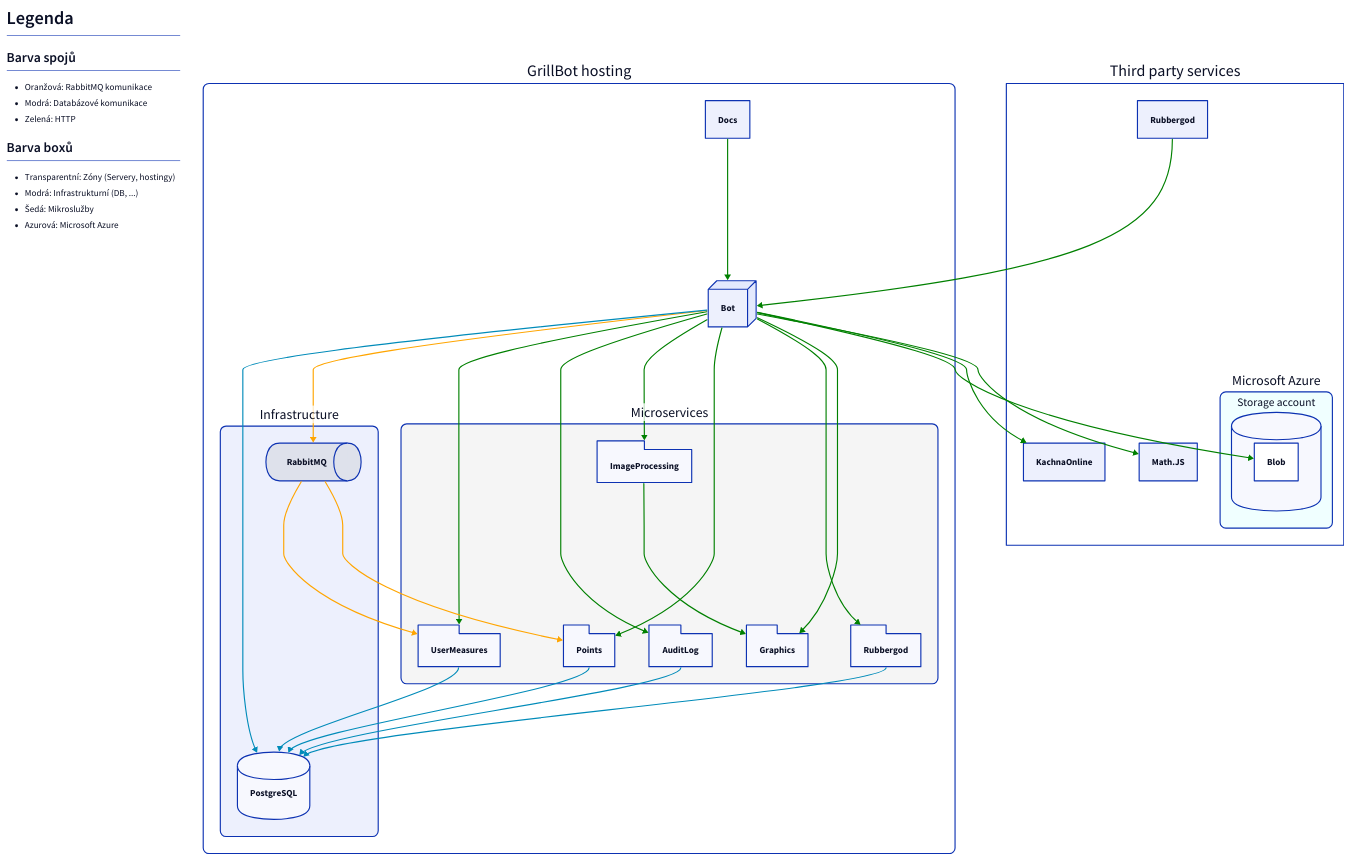
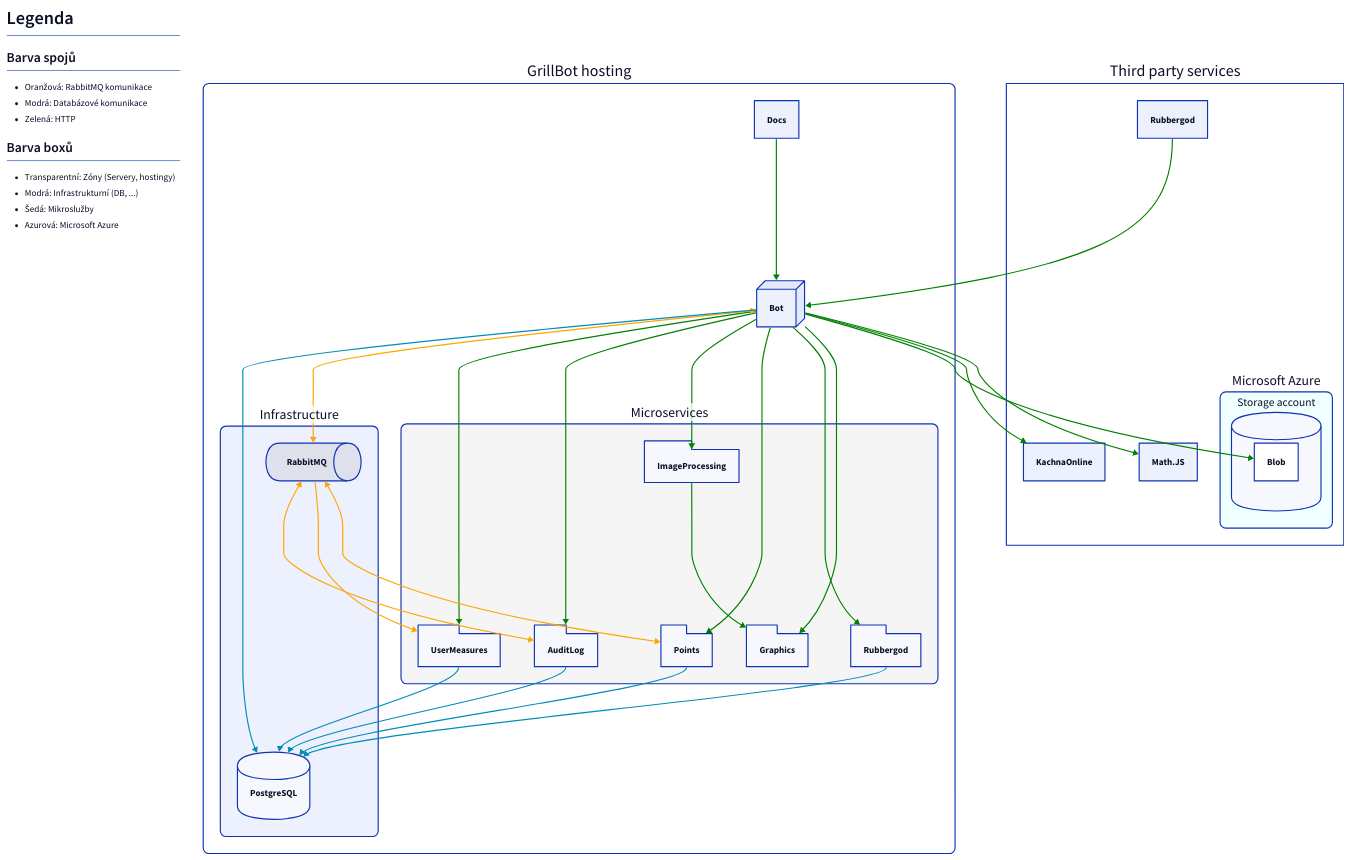
The diagram in data/communication.d2 (GrillBot/grillbot-docs), drawn with D2 before and after one commit. The commit also changed 4 other files, not shown here.

```diff
--- a/data/communication.d2
+++ b/data/communication.d2
@@ -1,103 +1,104 @@
 # Legend
 legend: |md
   # Legenda
   ## Barva spojů
   - Oranžová: RabbitMQ komunikace
   - Modrá: Databázové komunikace
   - Zelená: HTTP
 
   ## Barva boxů
   - Transparentní: Zóny (Servery, hostingy)
   - Modrá: Infrastrukturní (DB, ...)
   - Šedá: Mikroslužby
   - Azurová: Microsoft Azure
 |
 
 # Definitions
 GrillBot.Infrastructure: {
   style: {border-radius: 10}
 
   PostgreSQL: {shape: cylinder}
   RabbitMQ: {shape: queue}
 }
 
 GrillBot: {
   label: GrillBot hosting
 
   style: {
     fill: transparent
     border-radius: 10
   }
 
   Bot: {
     style: {3d: true}
   }
 
   Microservices: {
     style: {
       fill: whitesmoke
       border-radius: 10
     }
 
     Points: {shape: package}
     Rubbergod: {shape: package}
     Graphics: {shape: package}
     ImageProcessing: {shape: package}
     AuditLog: {shape: package}
     UserMeasures: {shape: package}
   }
 }
 
 ThirdParty: {
   label: Third party services
   style: {fill: transparent}
 
   Azure: {
     label: Microsoft Azure
     style: {border-radius: 10}
 
     style: {
       fill: azure
       border-radius: 10
     }
   }
 
   Azure.StorageAccount: {
     label: Storage account
     shape: cylinder
   }
 }
 
 # Third party external services communication (Bot -> Service)
 GrillBot.Bot -> ThirdParty.Math\.JS: {style: {stroke: green}}
 GrillBot.Bot -> ThirdParty.KachnaOnline: {style: {stroke: green}}
 GrillBot.Bot -> ThirdParty.Azure.StorageAccount.Blob: {style: {stroke: green}}
 
 # Third party external services communication (Service -> Bot)
 ThirdParty.Rubbergod -> GrillBot.Bot: {style: {stroke: green}}
 
 # Internal communication (Service -> Bot)
 GrillBot.Docs -> GrillBot.Bot: {style: {stroke: green}}
 
 # Internal communication (Bot -> Service)
 GrillBot.Bot -> GrillBot.Microservices.Graphics: {style: {stroke: green}}
 GrillBot.Bot -> GrillBot.Microservices.Rubbergod: {style: {stroke: green}}
 GrillBot.Bot -> GrillBot.Microservices.Points: {style: {stroke: green}}
 GrillBot.Bot -> GrillBot.Microservices.ImageProcessing: {style: {stroke: green}}
 GrillBot.Bot -> GrillBot.Microservices.AuditLog: {style: {stroke: green}}
 GrillBot.Bot -> GrillBot.Microservices.UserMeasures: {style: {stroke: green}}
 
 # Internal communication (Service -> Service)
 GrillBot.Microservices.ImageProcessing -> GrillBot.Microservices.Graphics: {style: {stroke: green}}
 
 # RabbitMQ communication
-GrillBot.Bot -> GrillBot.Infrastructure.RabbitMQ: {style: {stroke: orange}}
-GrillBot.Infrastructure.RabbitMQ -> GrillBot.Microservices.Points: {style: {stroke: orange}}
+GrillBot.Bot <-> GrillBot.Infrastructure.RabbitMQ: {style: {stroke: orange}}
+GrillBot.Infrastructure.RabbitMQ <-> GrillBot.Microservices.Points: {style: {stroke: orange}}
 GrillBot.Infrastructure.RabbitMQ -> GrillBot.Microservices.UserMeasures: {style: {stroke: orange}}
+GrillBot.Infrastructure.RabbitMQ <-> GrillBot.Microservices.AuditLog: {style: {stroke: orange}}
 
 # Database communication
 GrillBot.Bot -> GrillBot.Infrastructure.PostgreSQL: {style: {stroke: "#008bb9"}}
 GrillBot.Microservices.AuditLog -> GrillBot.Infrastructure.PostgreSQL: {style: {stroke: "#008bb9"}}
 GrillBot.Microservices.Rubbergod -> GrillBot.Infrastructure.PostgreSQL: {style: {stroke: "#008bb9"}}
 GrillBot.Microservices.Points -> GrillBot.Infrastructure.PostgreSQL: {style: {stroke: "#008bb9"}}
 GrillBot.Microservices.UserMeasures -> GrillBot.Infrastructure.PostgreSQL: {style: {stroke: "#008bb9"}}
```
